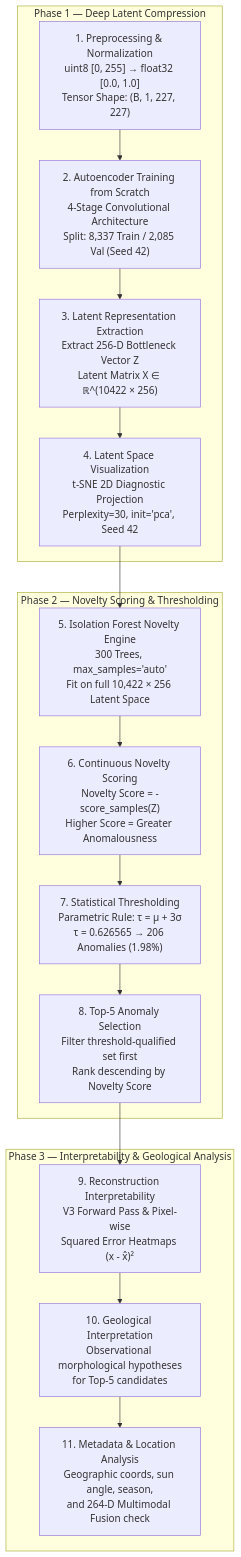
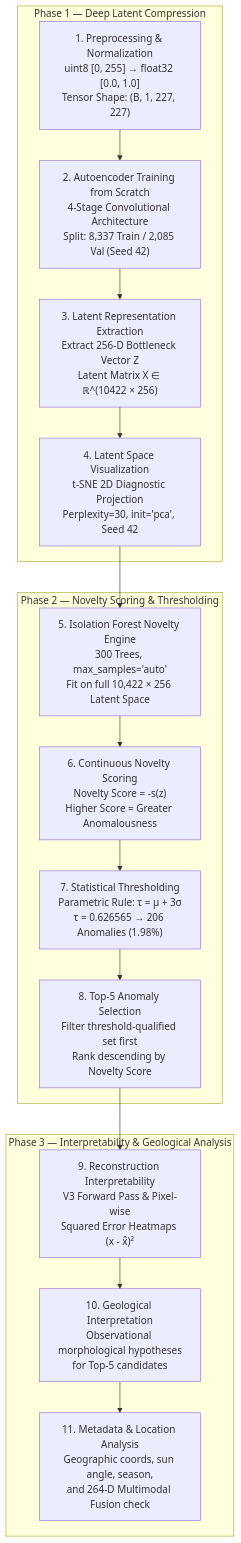
The second of 2 diagrams in README.md (Debjit2821/NSSC-Data-analytics), drawn with Mermaid before and after one commit. The commit also changed other lines of this file, not shown here.

````diff
--- a/README.md
+++ b/README.md
@@ -131,25 +118,25 @@
 ```mermaid
 flowchart TD
     subgraph S1["Phase 1 — Deep Latent Compression"]
         P1["1. Preprocessing & Normalization\nuint8 [0, 255] → float32 [0.0, 1.0]\nTensor Shape: (B, 1, 227, 227)"]
         P2["2. Autoencoder Training from Scratch\n4-Stage Convolutional Architecture\nSplit: 8,337 Train / 2,085 Val (Seed 42)"]
         P3["3. Latent Representation Extraction\nExtract 256-D Bottleneck Vector Z\nLatent Matrix X ∈ ℝ^(10422 × 256)"]
         P4["4. Latent Space Visualization\nt-SNE 2D Diagnostic Projection\nPerplexity=30, init='pca', Seed 42"]
         P1 --> P2 --> P3 --> P4
     end
 
     subgraph S2["Phase 2 — Novelty Scoring & Thresholding"]
         P5["5. Isolation Forest Novelty Engine\n300 Trees, max_samples='auto'\nFit on full 10,422 × 256 Latent Space"]
-        P6["6. Continuous Novelty Scoring\nNovelty Score = -score_samples(Z)\nHigher Score = Greater Anomalousness"]
+        P6["6. Continuous Novelty Scoring\nNovelty Score = -s(z)\nHigher Score = Greater Anomalousness"]
         P7["7. Statistical Thresholding\nParametric Rule: τ = μ + 3σ\nτ = 0.626565 → 206 Anomalies (1.98%)"]
         P8["8. Top-5 Anomaly Selection\nFilter threshold-qualified set first\nRank descending by Novelty Score"]
         P4 --> P5 --> P6 --> P7 --> P8
     end
 
     subgraph S3["Phase 3 — Interpretability & Geological Analysis"]
         P9["9. Reconstruction Interpretability\nV3 Forward Pass & Pixel-wise\nSquared Error Heatmaps (x - x̂)²"]
         P10["10. Geological Interpretation\nObservational morphological hypotheses\nfor Top-5 candidates"]
         P11["11. Metadata & Location Analysis\nGeographic coords, sun angle, season,\nand 264-D Multimodal Fusion check"]
         P8 --> P9 --> P10 --> P11
     end
 ```
````
